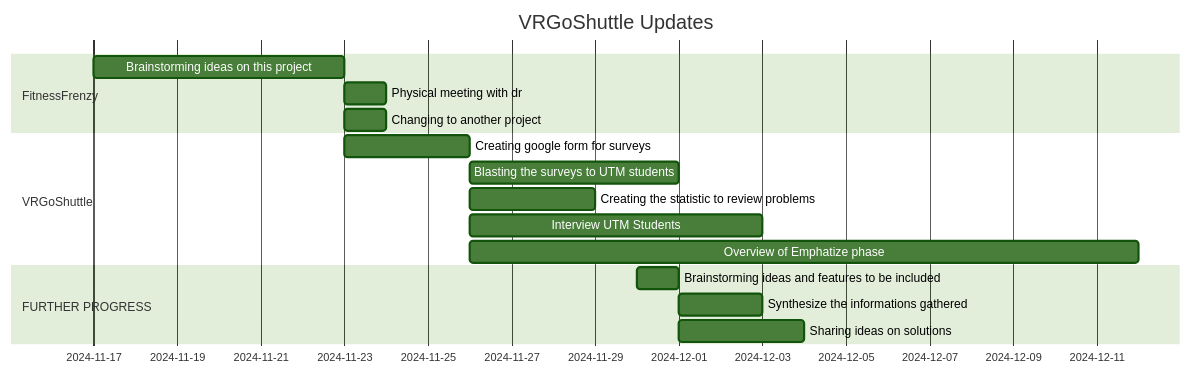
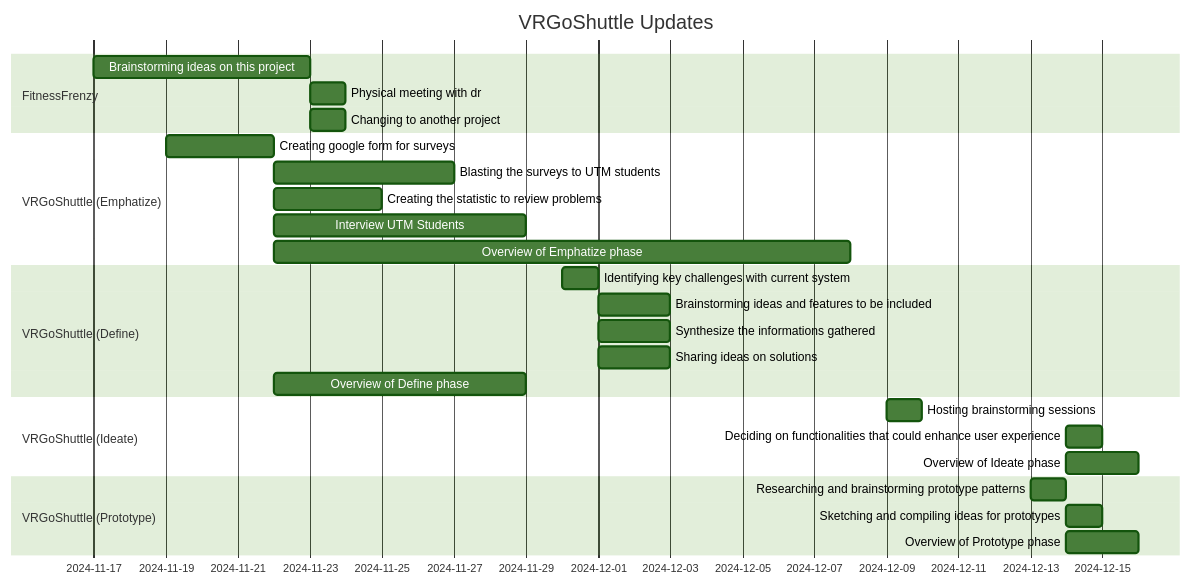
One commit to HaritzHaykal/Group-1 changed the diagram in Group 3/Gantt Chart Overview.md. Above: the diagram before and after it, drawn with Mermaid (forest theme).

Commit message:
Update Gantt Chart Overview.md

````diff
--- a/Group 3/Gantt Chart Overview.md
+++ b/Group 3/Gantt Chart Overview.md
@@ -1,19 +1,30 @@
 ```mermaid
 gantt
     title VRGoShuttle Updates
     dateFormat YYYY-MM-DD
     section FitnessFrenzy 
         Brainstorming ideas on this project :a1, 2024-11-17, 6d
         Physical meeting with dr    :after a1, 1d
         Changing to another project :after a1, 1d
-    section VRGoShuttle
-        Creating google form for surveys    :b1, 2024-11-23, 3d
+    section VRGoShuttle (Emphatize)
+        Creating google form for surveys    :b1, 2024-11-19, 3d
         Blasting the surveys to UTM students   :after b1, 5d
         Creating the statistic to review problems :after b1, 3d
         Interview UTM Students :after b1, 7d
         Overview of Emphatize phase    :after b1, 16d
-   section FURTHER PROGRESS
-        Brainstorming ideas and features to be included :c1, 2024-11-30, 1d
+   section VRGoShuttle (Define)
+        Identifying key challenges with current system:c1, 2024-11-30, 1d
+        Brainstorming ideas and features to be included :after c1, 2d
         Synthesize the informations gathered    :after c1, 2d
-        Sharing ideas on solutions   :after c1, 3d
+        Sharing ideas on solutions   :after c1, 2d
+        Overview of Define phase    :after b1, 7d
+section VRGoShuttle (Ideate)
+        Hosting brainstorming sessions :d1, 2024-12-9, 1d
+        Deciding on functionalities that could enhance user experience :after d1, 1d
+        Overview of Ideate phase    :after d1, 2d
+section VRGoShuttle (Prototype)
+        Researching and brainstorming prototype patterns :d1, 2024-12-13, 1d
+        Sketching and compiling ideas for prototypes :after d1, 1d
+        Overview of Prototype phase    :after d1, 2d
+
 ```
````
